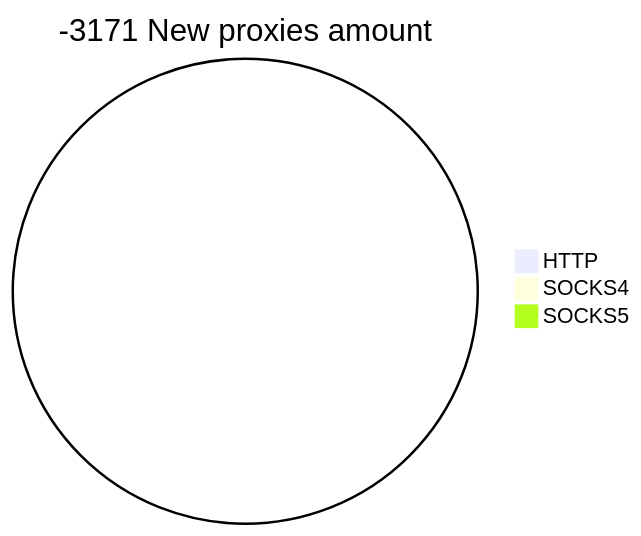
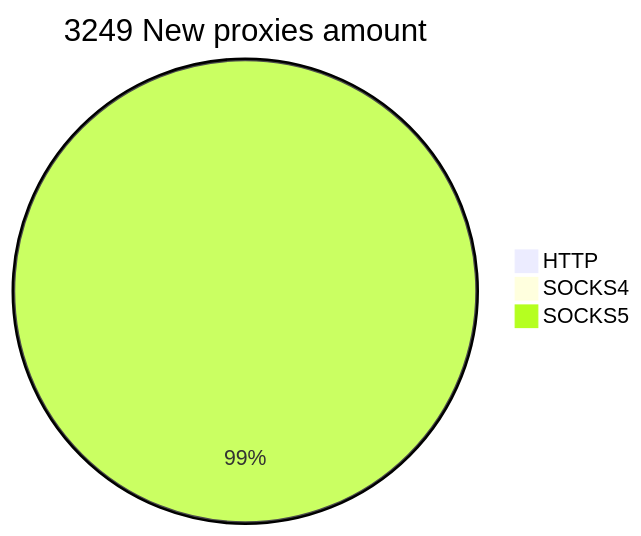
Before and after one commit to cutipu/proxylist: the second of 2 diagrams in README.md, drawn with Mermaid. The commit also changed other lines of this file, not shown here.

````diff
--- a/README.md
+++ b/README.md
@@ -10,6 +10,6 @@
 ```mermaid
-pie title -3171 New proxies amount
-    "HTTP" : 0
-    "SOCKS4" : 0
-    "SOCKS5" : 0
+pie title 3249 New proxies amount
+    "HTTP" : 10
+    "SOCKS4" : 22
+    "SOCKS5" : 3217
 ```
````
